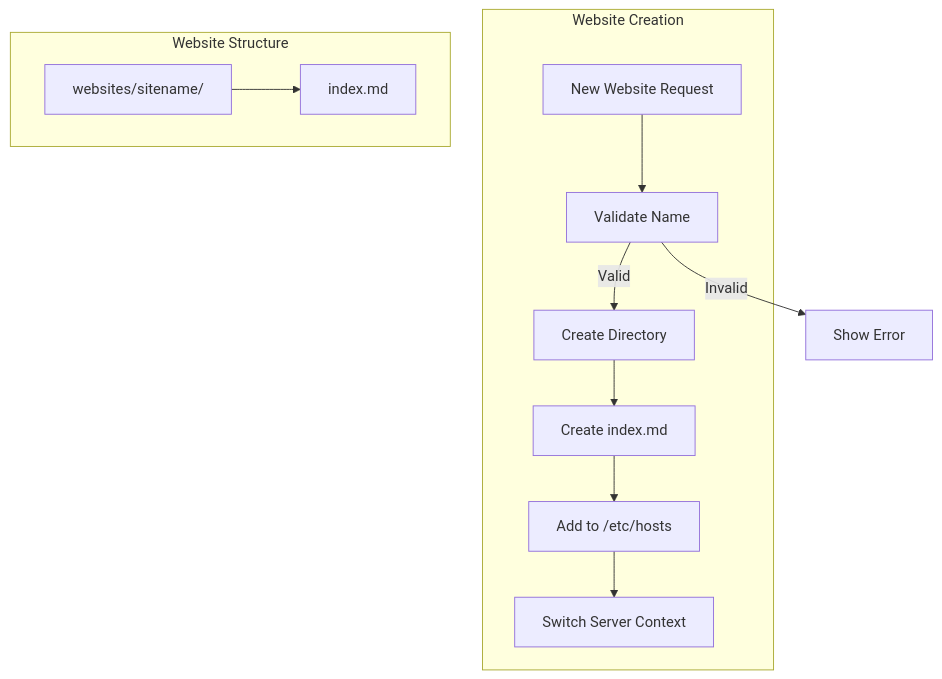
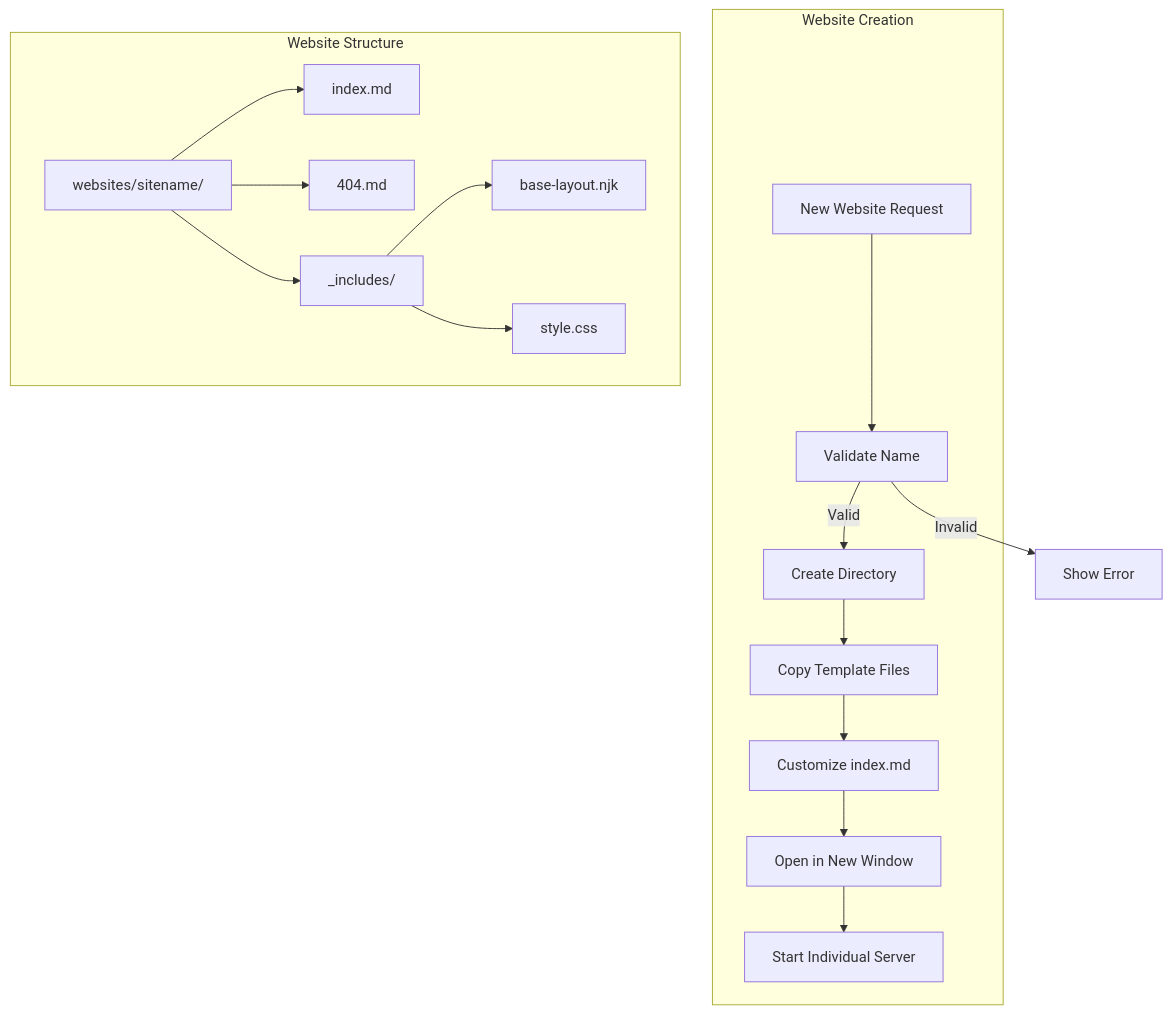
One commit to Anglesite/Anglesite changed the eighth of 15 diagrams in docs/architecture.md. Above: the diagram before and after it, drawn with Mermaid. The commit also changed other lines of this file and 59 other files, not shown here.

````diff
--- a/docs/architecture.md
+++ b/docs/architecture.md
@@ -355,24 +365,35 @@
 ```mermaid
 graph TD
     subgraph "Website Creation"
         NewSite[New Website Request]
         Validate[Validate Name]
         CreateDir[Create Directory]
-        CreateFiles[Create index.md]
-        AddDNS[Add to /etc/hosts]
-        StartServer[Switch Server Context]
+        CopyTemplate[Copy Template Files]
+        CustomizeContent[Customize index.md]
+        OpenWindow[Open in New Window]
+        StartServer[Start Individual Server]
     end
 
     NewSite --> Validate
     Validate -->|Valid| CreateDir
     Validate -->|Invalid| Error[Show Error]
-    CreateDir --> CreateFiles
-    CreateFiles --> AddDNS
-    AddDNS --> StartServer
+    CreateDir --> CopyTemplate
+    CopyTemplate --> CustomizeContent
+    CustomizeContent --> OpenWindow
+    OpenWindow --> StartServer
 
     subgraph "Website Structure"
         WebDir[websites/sitename/]
         IndexMD[index.md]
+        ErrorPage[404.md]
+        Includes[_includes/]
+        Layouts[base-layout.njk]
+        Styles[style.css]
+
         WebDir --> IndexMD
+        WebDir --> ErrorPage
+        WebDir --> Includes
+        Includes --> Layouts
+        Includes --> Styles
     end
 ```
````
